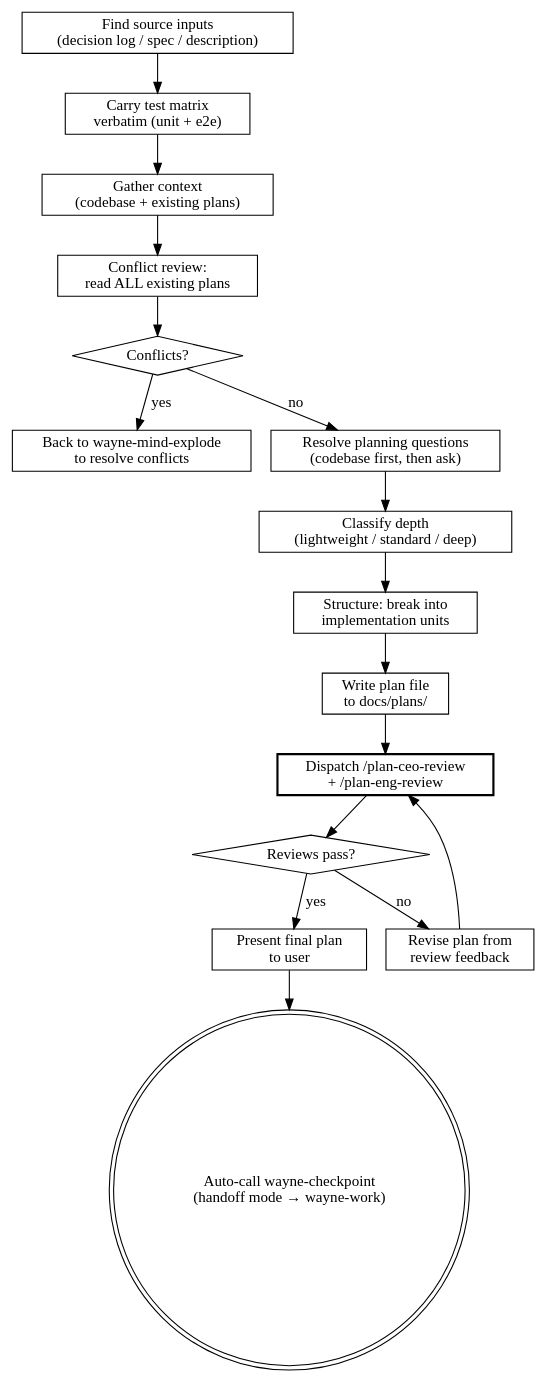
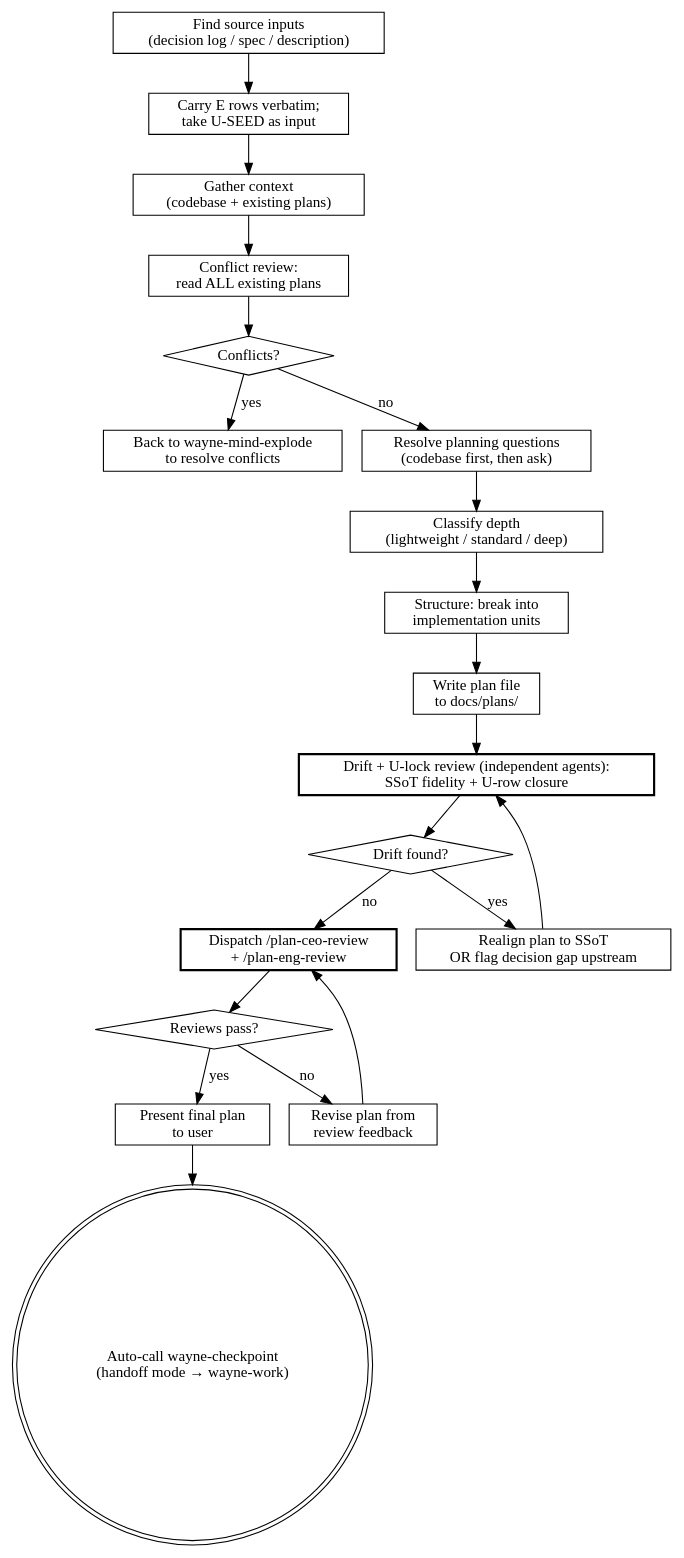
The diagram in wayne-plan/SKILL.md (waynejing995/wayne-taste), drawn with Graphviz before and after one commit. The commit also changed other lines of this file and 3 other files, not shown here.

First line of the commit message:
refactor: split E/U test-matrix authorship; lock U rows to plan units

````diff
--- a/wayne-plan/SKILL.md
+++ b/wayne-plan/SKILL.md
@@ -75,37 +75,44 @@
 ```dot
 digraph plan {
     rankdir=TB;
 
     "Find source inputs\n(decision log / spec / description)" [shape=box];
-    "Carry test matrix\nverbatim (unit + e2e)" [shape=box];
+    "Carry E rows verbatim;\ntake U-SEED as input" [shape=box];
     "Gather context\n(codebase + existing plans)" [shape=box];
     "Conflict review:\nread ALL existing plans" [shape=box];
     "Conflicts?" [shape=diamond];
     "Back to wayne-mind-explode\nto resolve conflicts" [shape=box];
     "Resolve planning questions\n(codebase first, then ask)" [shape=box];
     "Classify depth\n(lightweight / standard / deep)" [shape=box];
     "Structure: break into\nimplementation units" [shape=box];
     "Write plan file\nto docs/plans/" [shape=box];
+    "Drift + U-lock review (independent agents):\nSSoT fidelity + U-row closure" [shape=box, style=bold];
+    "Drift found?" [shape=diamond];
+    "Realign plan to SSoT\nOR flag decision gap upstream" [shape=box];
     "Dispatch /plan-ceo-review\n+ /plan-eng-review" [shape=box, style=bold];
     "Reviews pass?" [shape=diamond];
     "Revise plan from\nreview feedback" [shape=box];
     "Present final plan\nto user" [shape=box];
     "Auto-call wayne-checkpoint\n(handoff mode → wayne-work)" [shape=doublecircle];
 
-    "Find source inputs\n(decision log / spec / description)" -> "Carry test matrix\nverbatim (unit + e2e)";
-    "Carry test matrix\nverbatim (unit + e2e)" -> "Gather context\n(codebase + existing plans)";
+    "Find source inputs\n(decision log / spec / description)" -> "Carry E rows verbatim;\ntake U-SEED as input";
+    "Carry E rows verbatim;\ntake U-SEED as input" -> "Gather context\n(codebase + existing plans)";
     "Gather context\n(codebase + existing plans)" -> "Conflict review:\nread ALL existing plans";
     "Conflict review:\nread ALL existing plans" -> "Conflicts?";
     "Conflicts?" -> "Back to wayne-mind-explode\nto resolve conflicts" [label="yes"];
     "Conflicts?" -> "Resolve planning questions\n(codebase first, then ask)" [label="no"];
     "Resolve planning questions\n(codebase first, then ask)" -> "Classify depth\n(lightweight / standard / deep)";
     "Classify depth\n(lightweight / standard / deep)" -> "Structure: break into\nimplementation units";
     "Structure: break into\nimplementation units" -> "Write plan file\nto docs/plans/";
-    "Write plan file\nto docs/plans/" -> "Dispatch /plan-ceo-review\n+ /plan-eng-review";
+    "Write plan file\nto docs/plans/" -> "Drift + U-lock review (independent agents):\nSSoT fidelity + U-row closure";
+    "Drift + U-lock review (independent agents):\nSSoT fidelity + U-row closure" -> "Drift found?";
+    "Drift found?" -> "Realign plan to SSoT\nOR flag decision gap upstream" [label="yes"];
+    "Drift found?" -> "Dispatch /plan-ceo-review\n+ /plan-eng-review" [label="no"];
+    "Realign plan to SSoT\nOR flag decision gap upstream" -> "Drift + U-lock review (independent agents):\nSSoT fidelity + U-row closure";
     "Dispatch /plan-ceo-review\n+ /plan-eng-review" -> "Reviews pass?";
     "Reviews pass?" -> "Present final plan\nto user" [label="yes"];
     "Reviews pass?" -> "Revise plan from\nreview feedback" [label="no"];
     "Revise plan from\nreview feedback" -> "Dispatch /plan-ceo-review\n+ /plan-eng-review";
     "Present final plan\nto user" -> "Auto-call wayne-checkpoint\n(handoff mode → wayne-work)";
 }
 ```
````
